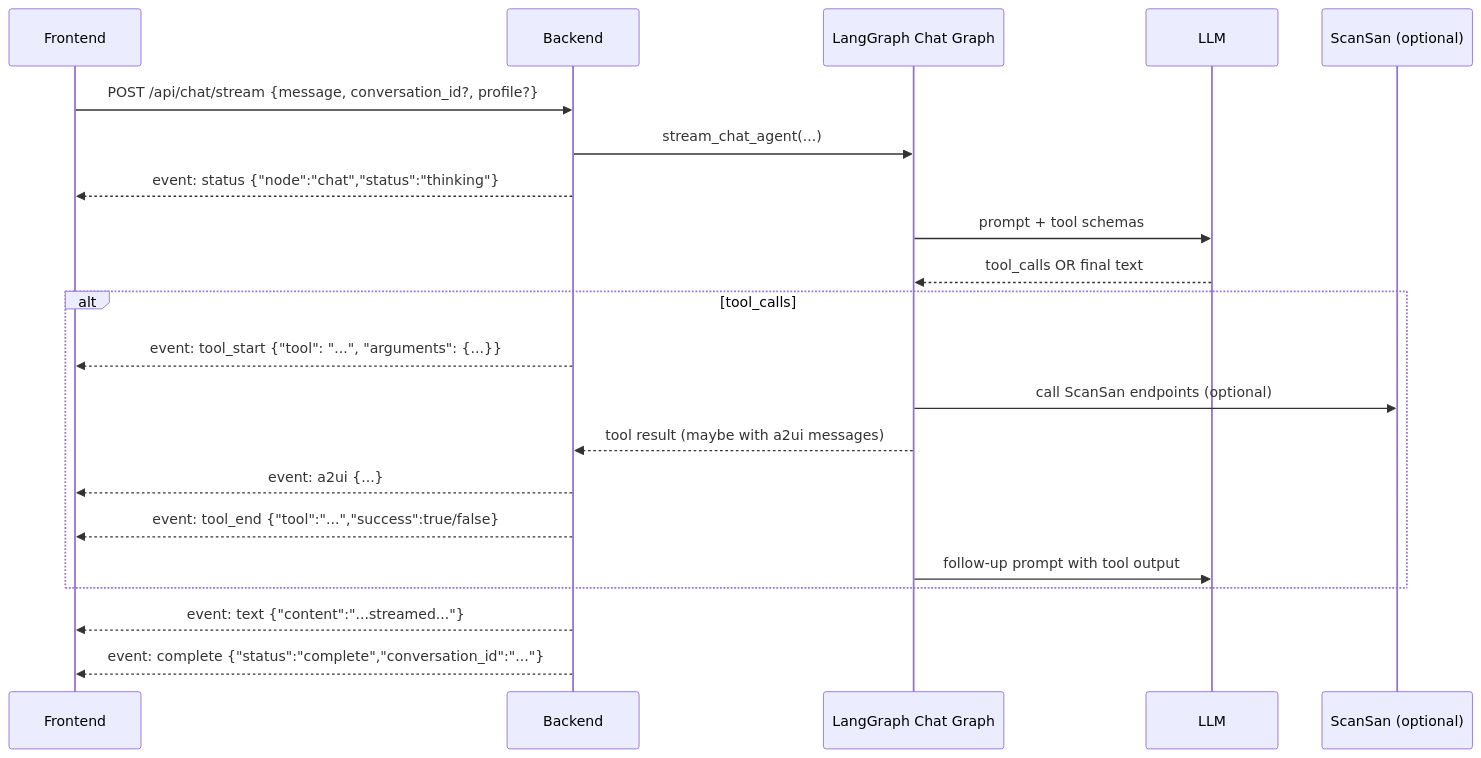
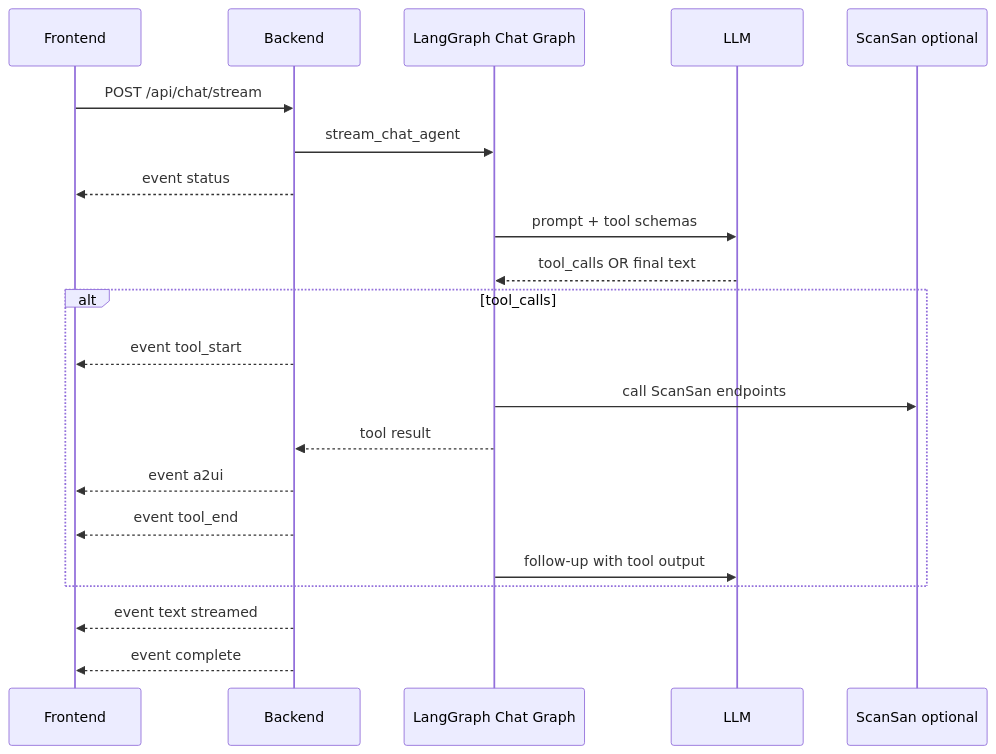
One commit to anshulyadav1976/JARZ-AI changed the second of 5 diagrams in docs/architecture.md. Above: the diagram before and after it, drawn with Mermaid. The commit also changed other lines of this file, not shown here.

Commit message:
architecture diagaram

````diff
--- a/docs/architecture.md
+++ b/docs/architecture.md
@@ -49,24 +49,24 @@
 ```mermaid
 sequenceDiagram
   participant FE as Frontend
   participant BE as Backend
   participant LG as LangGraph Chat Graph
   participant LLM as LLM
-  participant SS as ScanSan (optional)
+  participant SS as ScanSan optional
 
-  FE->>BE: POST /api/chat/stream {message, conversation_id?, profile?}
-  BE->>LG: stream_chat_agent(...)
-  BE-->>FE: event: status {"node":"chat","status":"thinking"}
+  FE->>BE: POST /api/chat/stream
+  BE->>LG: stream_chat_agent
+  BE-->>FE: event status
   LG->>LLM: prompt + tool schemas
   LLM-->>LG: tool_calls OR final text
   alt tool_calls
-    BE-->>FE: event: tool_start {"tool": "...", "arguments": {...}}
-    LG->>SS: call ScanSan endpoints (optional)
-    LG-->>BE: tool result (maybe with a2ui messages)
-    BE-->>FE: event: a2ui {...}
-    BE-->>FE: event: tool_end {"tool":"...","success":true/false}
-    LG->>LLM: follow-up prompt with tool output
+    BE-->>FE: event tool_start
+    LG->>SS: call ScanSan endpoints
+    LG-->>BE: tool result
+    BE-->>FE: event a2ui
+    BE-->>FE: event tool_end
+    LG->>LLM: follow-up with tool output
   end
-  BE-->>FE: event: text {"content":"...streamed..."}
-  BE-->>FE: event: complete {"status":"complete","conversation_id":"..."}
+  BE-->>FE: event text streamed
+  BE-->>FE: event complete
 ```
````
